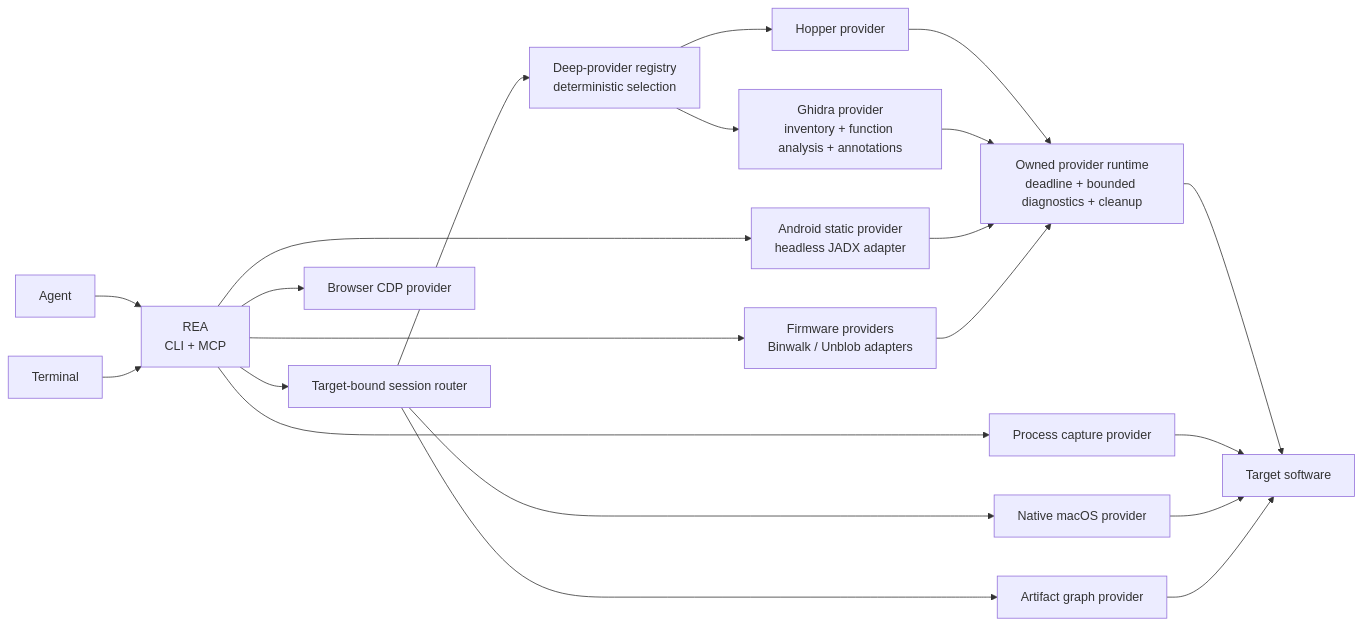
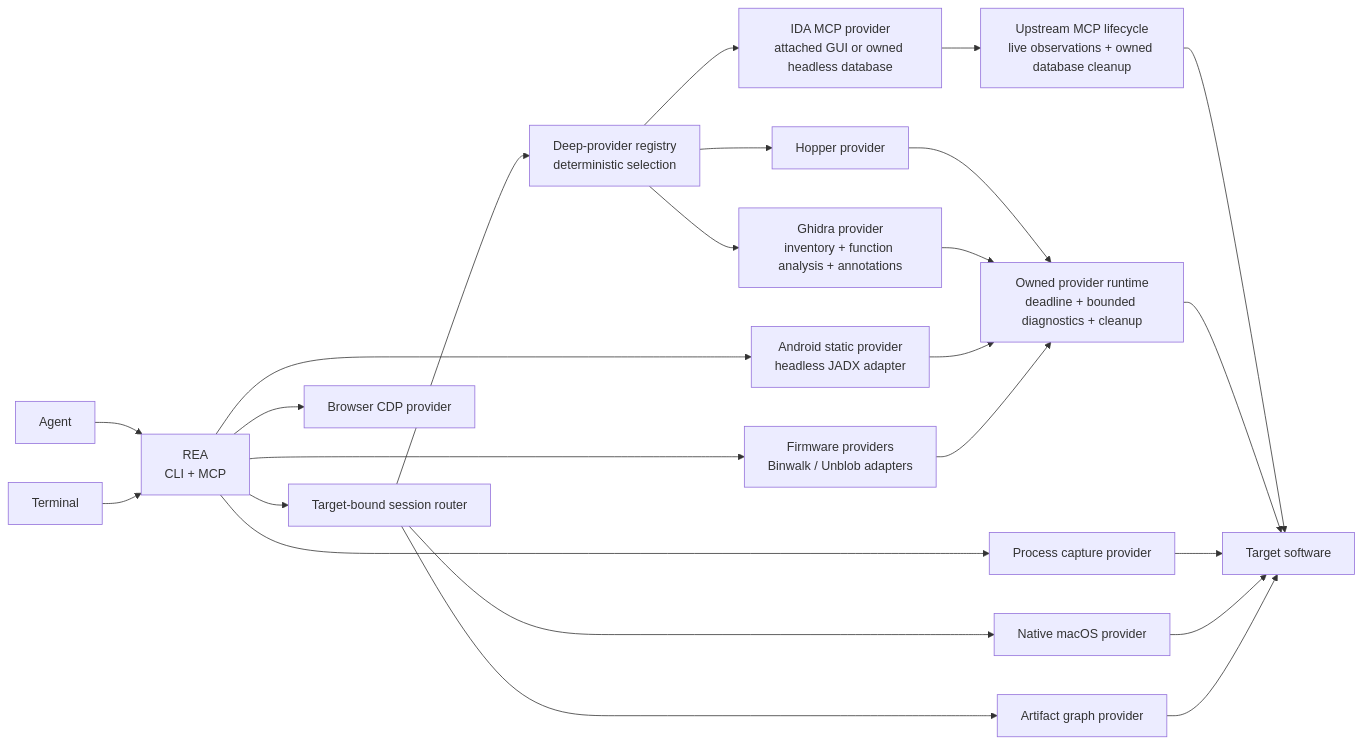
The diagram in README.md (bryankwandou/rea), drawn with Mermaid before and after one commit. The commit also changed other lines of this file and 49 other files, not shown here.

Commit message:
feat(ida): add read-only GUI and headless MCP providers (#754)

````diff
--- a/README.md
+++ b/README.md
@@ -488,23 +501,26 @@
 ```mermaid
 flowchart LR
     Agent["Agent"] --> REA["REA<br/>CLI + MCP"]
     Terminal --> REA
     REA --> Session["Target-bound session router"]
     Session --> Registry["Deep-provider registry<br/>deterministic selection"]
     Registry --> Hopper["Hopper provider"]
     Registry --> Ghidra["Ghidra provider<br/>inventory + function analysis + annotations"]
+    Registry --> Ida["IDA MCP provider<br/>attached GUI or owned headless database"]
     Hopper --> Runtime["Owned provider runtime<br/>deadline + bounded diagnostics + cleanup"]
     Ghidra --> Runtime
+    Ida --> IdaRuntime["Upstream MCP lifecycle<br/>live observations + owned database cleanup"]
+    IdaRuntime --> Target
     Session --> Native["Native macOS provider"]
     Session --> Artifact["Artifact graph provider"]
     REA --> Browser["Browser CDP provider"]
     REA --> Android["Android static provider<br/>headless JADX adapter"]
     Android --> Runtime
     REA --> Firmware["Firmware providers<br/>Binwalk / Unblob adapters"]
     Firmware --> Runtime
     REA --> Process["Process capture provider"]
     Runtime --> Target["Target software"]
     Process --> Target
     Native --> Target
     Artifact --> Target
 ```
````
